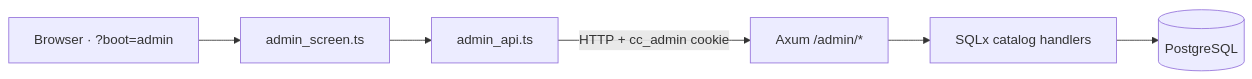
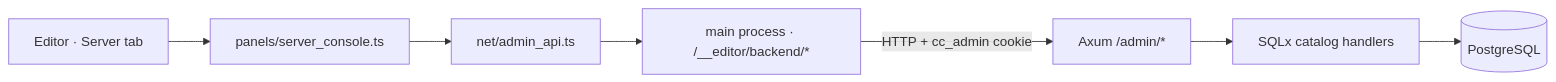
Before and after one commit to AlanGreyjoy/claudecitizen: the diagram in docs/docs/admin-app/overview.md, drawn with Mermaid. The commit also changed other lines of this file and 509 other files, not shown here.

````diff
--- a/docs/docs/admin-app/overview.md
+++ b/docs/docs/admin-app/overview.md
@@ -27,15 +34,17 @@
 ```mermaid
 flowchart LR
-  Browser["Browser · ?boot=admin"]
-  AdminUI["admin_screen.ts"]
-  AdminAPI["admin_api.ts"]
+  Tab["Editor · Server tab"]
+  Console["panels/server_console.ts"]
+  AdminAPI["net/admin_api.ts"]
+  Proxy["main process · /__editor/backend/*"]
   Rust["Axum /admin/*"]
   Catalog["SQLx catalog handlers"]
   DB[(PostgreSQL)]
 
-  Browser --> AdminUI
-  AdminUI --> AdminAPI
-  AdminAPI -->|"HTTP + cc_admin cookie"| Rust
+  Tab --> Console
+  Console --> AdminAPI
+  AdminAPI --> Proxy
+  Proxy -->|"HTTP + cc_admin cookie"| Rust
   Rust --> Catalog
   Catalog --> DB
 ```
````
